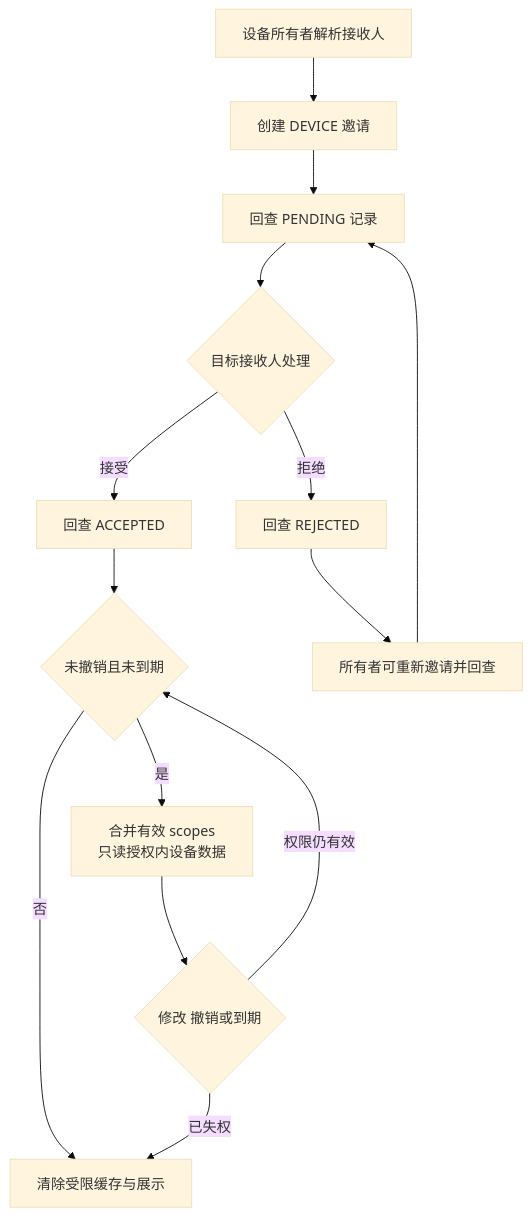
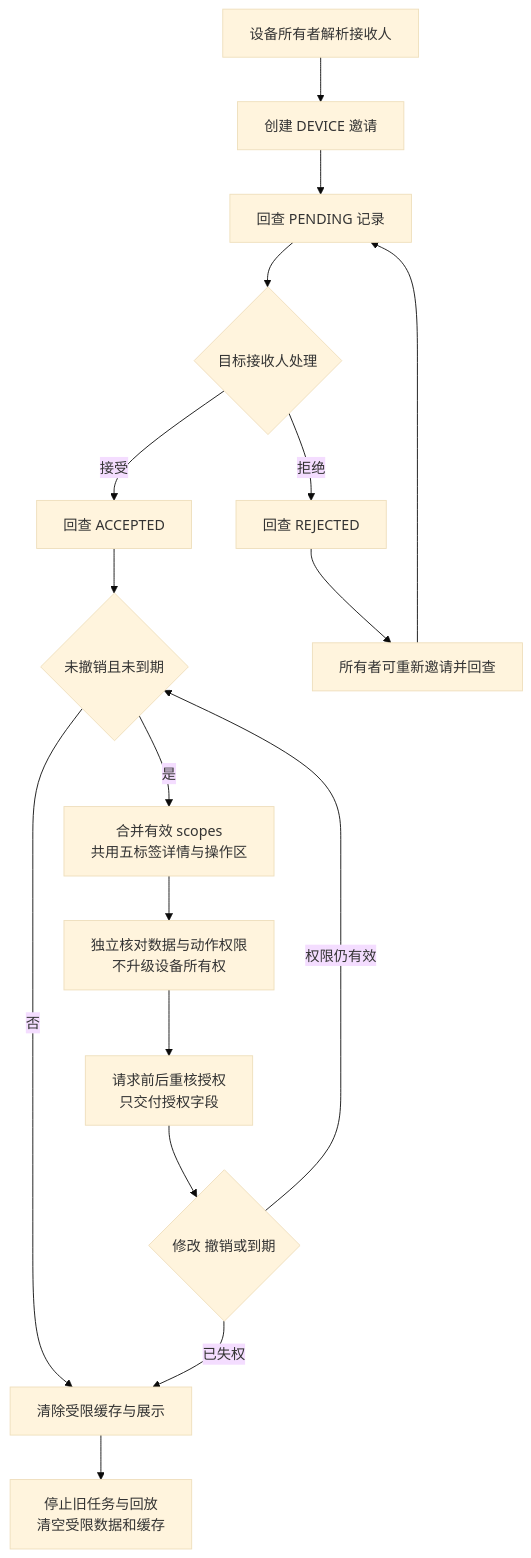
Before and after one commit to jarLiao/eview-connect-c-app-prototype: the diagram in guides/sharing-flow.mmd, drawn with Mermaid (base theme). The commit also changed 29 other files, not shown here.

```diff
--- a/guides/sharing-flow.mmd
+++ b/guides/sharing-flow.mmd
@@ -1,14 +1,17 @@
 flowchart TD
     A[设备所有者解析接收人] --> B[创建 DEVICE 邀请]
     B --> C[回查 PENDING 记录]
     C --> D{目标接收人处理}
     D -->|拒绝| E[回查 REJECTED]
     D -->|接受| F[回查 ACCEPTED]
     F --> G{未撤销且未到期}
-    G -->|是| H[合并有效 scopes<br/>只读授权内设备数据]
+    G -->|是| H[合并有效 scopes<br/>共用五标签详情与操作区]
     G -->|否| I[清除受限缓存与展示]
-    H --> J{修改 撤销或到期}
+    H --> L[独立核对数据与动作权限<br/>不升级设备所有权]
+    L --> M[请求前后重核授权<br/>只交付授权字段]
+    M --> J{修改 撤销或到期}
     J -->|权限仍有效| G
     J -->|已失权| I
     E --> K[所有者可重新邀请并回查]
     K --> C
+    I --> N[停止旧任务与回放<br/>清空受限数据和缓存]
```
